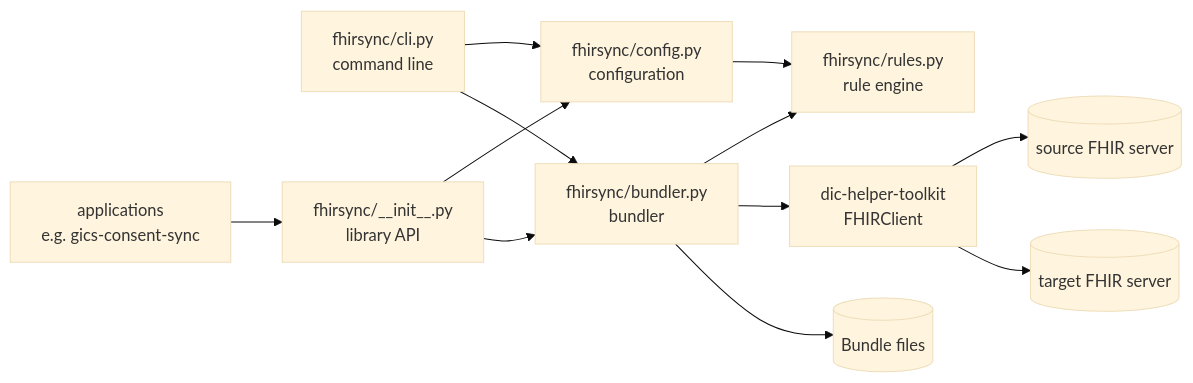
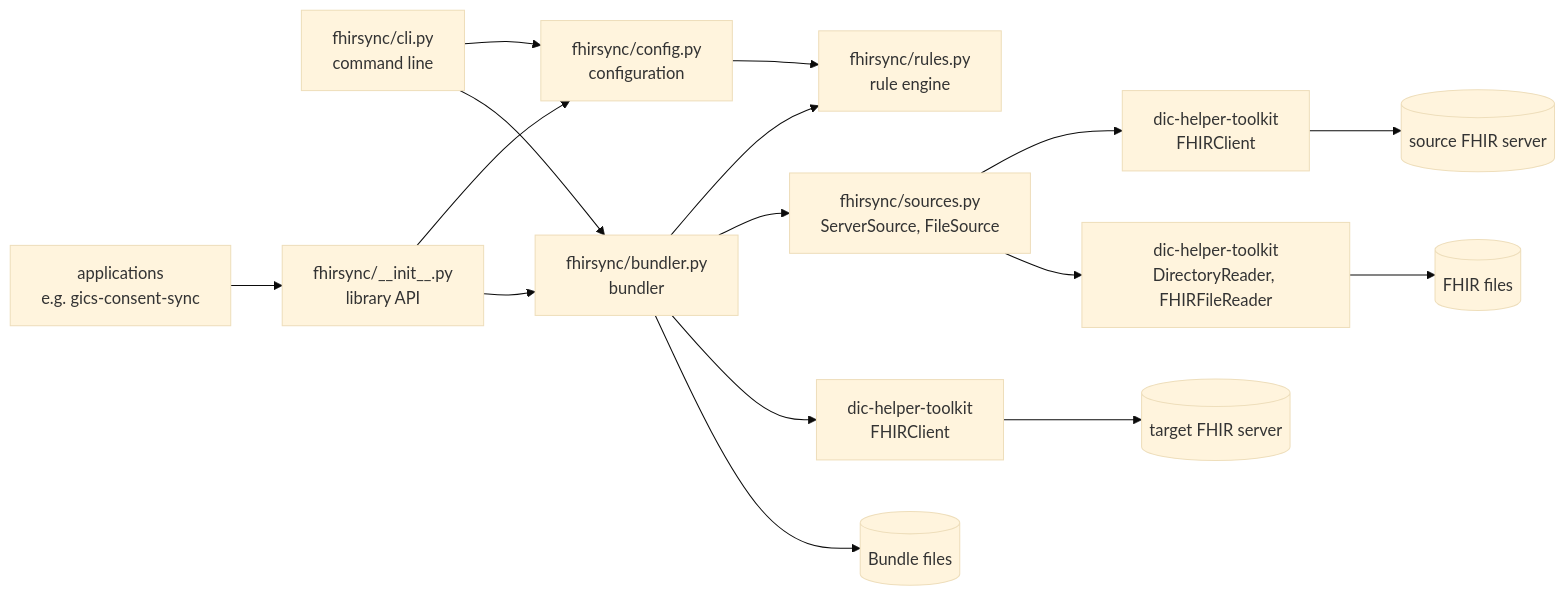
One commit to haemka/fhirsync changed the first of 3 diagrams in ARCHITECTURE.md. Above: the diagram before and after it, drawn with Mermaid (base theme). The commit also changed other lines of this file and 22 other files, not shown here.

````diff
--- a/ARCHITECTURE.md
+++ b/ARCHITECTURE.md
@@ -26,14 +27,18 @@
 ```mermaid
 flowchart LR
     cli["fhirsync/cli.py<br/>command line"] --> config["fhirsync/config.py<br/>configuration"]
     app["applications<br/>e.g. gics-consent-sync"] --> api["fhirsync/__init__.py<br/>library API"]
     api --> config
     api --> bundler
     config --> rules["fhirsync/rules.py<br/>rule engine"]
     cli --> bundler["fhirsync/bundler.py<br/>bundler"]
     bundler --> rules
-    bundler --> client["dic-helper-toolkit<br/>FHIRClient"]
+    bundler --> sources["fhirsync/sources.py<br/>ServerSource, FileSource"]
+    sources --> client["dic-helper-toolkit<br/>FHIRClient"]
+    sources --> readers["dic-helper-toolkit<br/>DirectoryReader, FHIRFileReader"]
+    readers --> input[("FHIR files")]
     client --> source[("source FHIR server")]
-    client --> target[("target FHIR server")]
+    bundler --> targetclient["dic-helper-toolkit<br/>FHIRClient"]
+    targetclient --> target[("target FHIR server")]
     bundler --> files[("Bundle files")]
 ```
````
